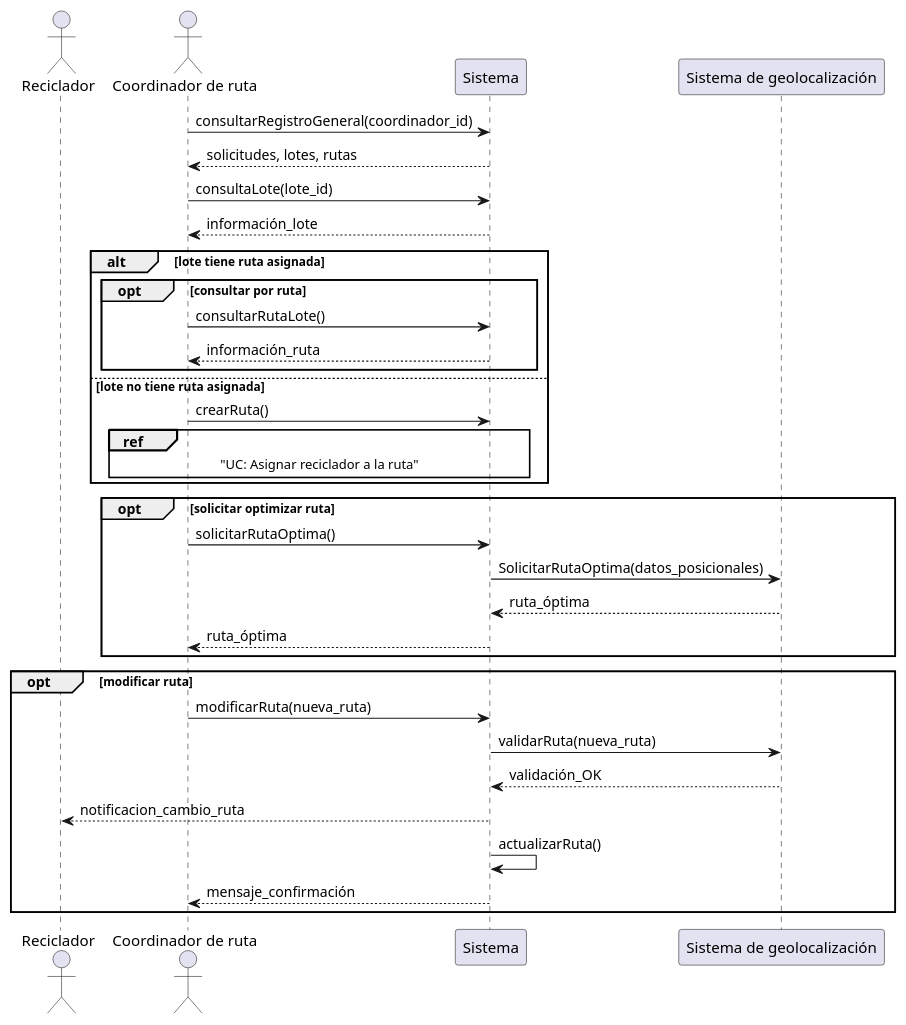
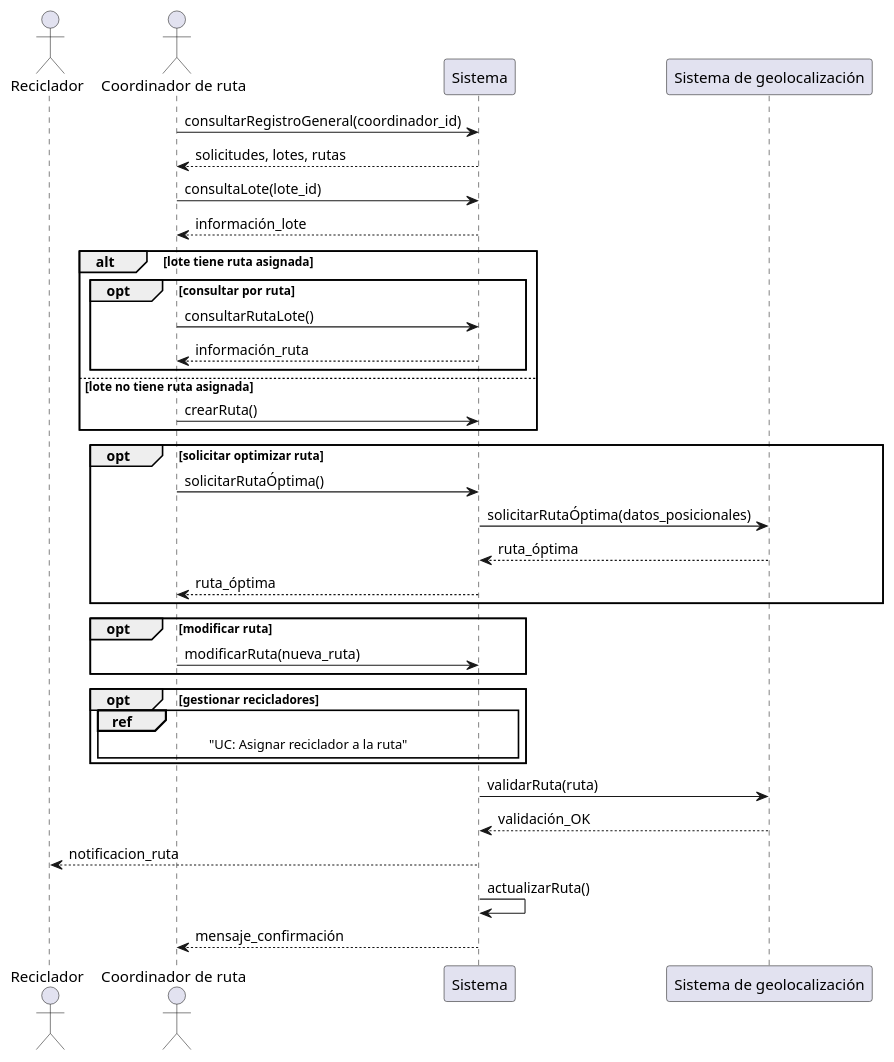
One commit to gllrmoliva/proyecto-semestral-ingsoft1 changed the diagram in UC2.plantuml. Above: the diagram before and after it, drawn with PlantUML.

```diff
--- a/UC2.plantuml
+++ b/UC2.plantuml
@@ -1,43 +1,47 @@
 @startuml
 actor "Reciclador" as Reciclador
 actor "Coordinador de ruta" as Coordinador
 
 participant "Sistema" as Sistema
 participant "Sistema de geolocalización" as Geo
 
 
 Coordinador -> Sistema: consultarRegistroGeneral(coordinador_id)
 Sistema --> Coordinador: solicitudes, lotes, rutas
 Coordinador -> Sistema: consultaLote(lote_id)
 Sistema --> Coordinador: información_lote
 
 alt lote tiene ruta asignada
     opt consultar por ruta
         Coordinador -> Sistema: consultarRutaLote()
         Sistema --> Coordinador: información_ruta
 end 
 
 
 else lote no tiene ruta asignada
     Coordinador -> Sistema: crearRuta()
-    ref over Coordinador, Sistema
-"UC: Asignar reciclador a la ruta"
-end ref
 end
 
 opt solicitar optimizar ruta
-    Coordinador -> Sistema: solicitarRutaOptima()
-    Sistema -> Geo: SolicitarRutaOptima(datos_posicionales)
+    Coordinador -> Sistema: solicitarRutaÓptima()
+    Sistema -> Geo: solicitarRutaÓptima(datos_posicionales)
     Geo --> Sistema: ruta_óptima
     Sistema --> Coordinador: ruta_óptima
 end
 
 opt modificar ruta
     Coordinador -> Sistema: modificarRuta(nueva_ruta)
-    Sistema -> Geo: validarRuta(nueva_ruta)
-    Geo --> Sistema: validación_OK
-    Sistema --> Reciclador: notificacion_cambio_ruta
-    Sistema -> Sistema: actualizarRuta()
-    Sistema --> Coordinador: mensaje_confirmación
 end
+
+opt gestionar recicladores
+    ref over Coordinador, Sistema
+        "UC: Asignar reciclador a la ruta"
+    end ref
+end
+
+Sistema -> Geo: validarRuta(ruta)
+Geo --> Sistema: validación_OK
+Sistema --> Reciclador: notificacion_ruta
+Sistema -> Sistema: actualizarRuta()
+Sistema --> Coordinador: mensaje_confirmación
 @enduml
```
